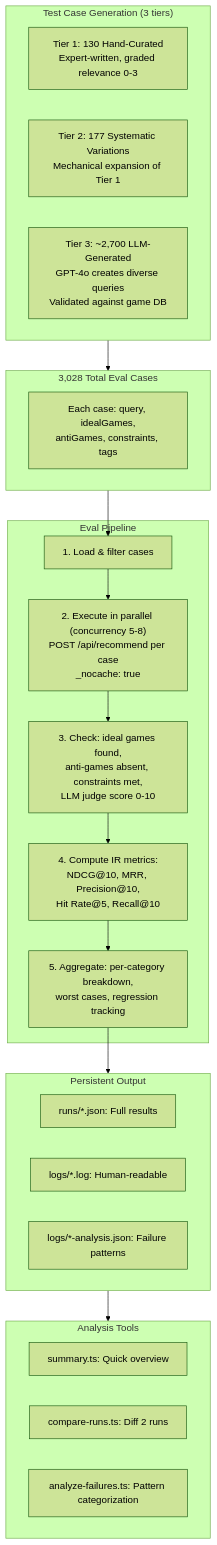
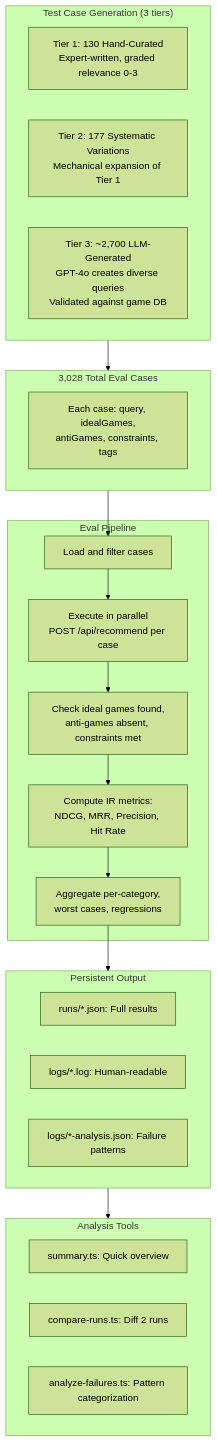
The eighth of 11 diagrams in docs/HACKMD-REVIEW.md (stopitdan/recommendagame), drawn with Mermaid (forest theme) before and after one commit. The commit also changed other lines of this file and 1 other file, not shown here.

First line of the commit message:
Fix mermaid: remove numbered prefixes that HackMD parses as markdown lists

````diff
--- a/docs/HACKMD-REVIEW.md
+++ b/docs/HACKMD-REVIEW.md
@@ -463,35 +457,35 @@
 ```mermaid
 graph TB
     subgraph Generation["Test Case Generation (3 tiers)"]
         HAND["Tier 1: 130 Hand-Curated<br/>Expert-written, graded relevance 0-3"]
         EXPAND["Tier 2: 177 Systematic Variations<br/>Mechanical expansion of Tier 1"]
         LLM_GEN["Tier 3: ~2,700 LLM-Generated<br/>GPT-4o creates diverse queries<br/>Validated against game DB"]
     end
 
     subgraph Cases["3,028 Total Eval Cases"]
         STRUCT["Each case: query, idealGames,<br/>antiGames, constraints, tags"]
     end
 
     subgraph Pipeline["Eval Pipeline"]
-        LOAD["1. Load & filter cases"]
-        EXEC["2. Execute in parallel (concurrency 5-8)<br/>POST /api/recommend per case<br/>_nocache: true"]
-        CHECK["3. Check: ideal games found,<br/>anti-games absent, constraints met,<br/>LLM judge score 0-10"]
-        IR["4. Compute IR metrics:<br/>NDCG@10, MRR, Precision@10,<br/>Hit Rate@5, Recall@10"]
-        AGG["5. Aggregate: per-category breakdown,<br/>worst cases, regression tracking"]
+        LOAD["Load and filter cases"]
+        EXEC["Execute in parallel<br/>POST /api/recommend per case"]
+        CHECK["Check ideal games found,<br/>anti-games absent, constraints met"]
+        IR["Compute IR metrics:<br/>NDCG, MRR, Precision, Hit Rate"]
+        AGG["Aggregate per-category,<br/>worst cases, regressions"]
     end
 
     subgraph Output["Persistent Output"]
         JSON["runs/*.json: Full results"]
         LOG["logs/*.log: Human-readable"]
         ANALYSIS["logs/*-analysis.json: Failure patterns"]
     end
 
     subgraph Tools["Analysis Tools"]
         SUMMARY["summary.ts: Quick overview"]
         COMPARE["compare-runs.ts: Diff 2 runs"]
         FAIL["analyze-failures.ts: Pattern categorization"]
     end
 
     Generation --> Cases --> LOAD --> EXEC --> CHECK --> IR --> AGG --> Output
     Output --> Tools
 ```
````
